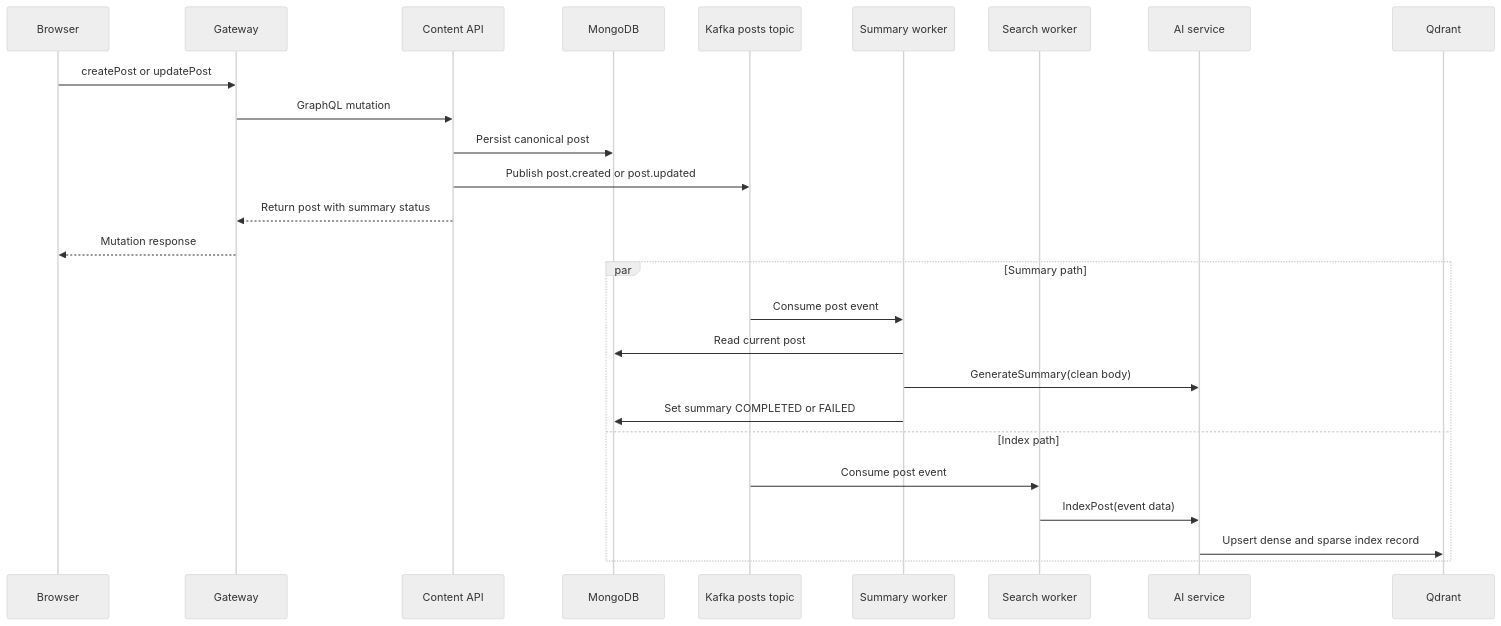
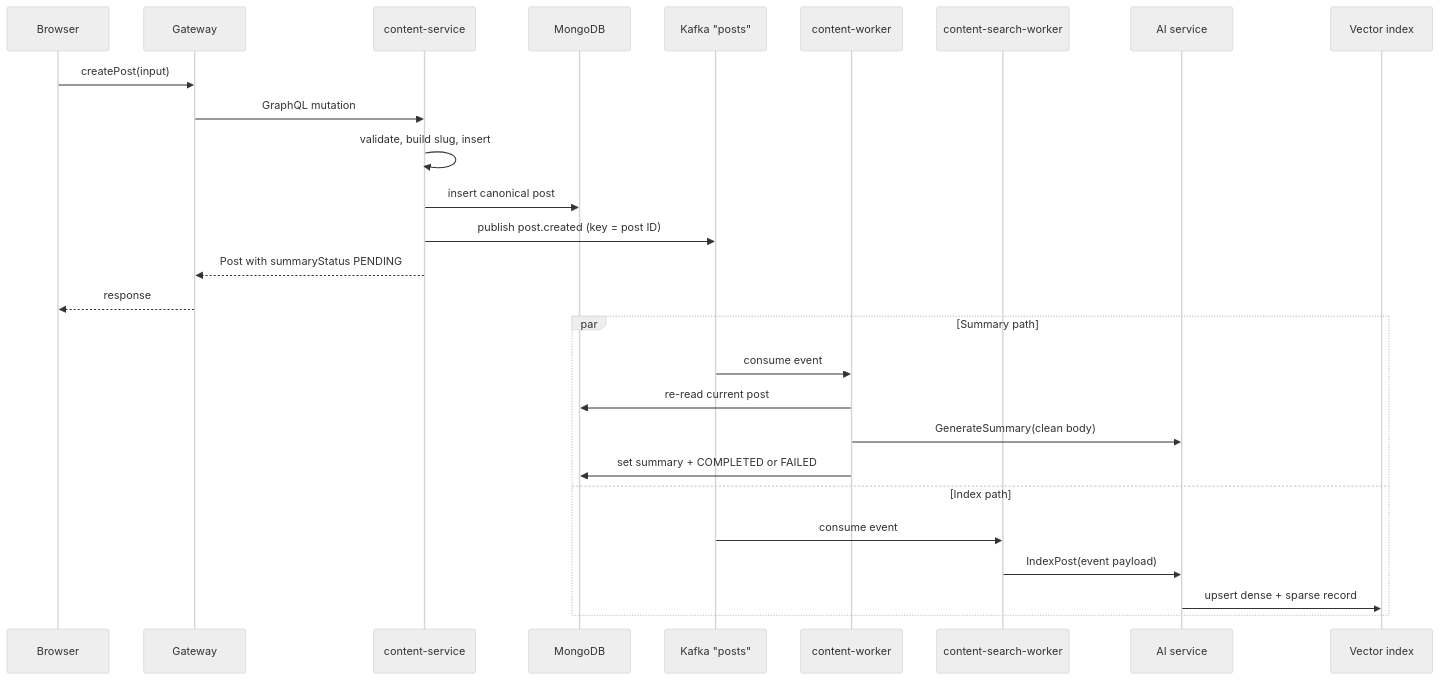
The first of 3 diagrams in services/content/docs/concepts/publishing-flow.md (kunalPisolkar24/topos), drawn with Mermaid (neutral theme) before and after one commit. The commit also changed other lines of this file and 17 other files, not shown here.

Commit message:
Rewrite content service docs for beginners

````diff
--- a/services/content/docs/concepts/publishing-flow.md
+++ b/services/content/docs/concepts/publishing-flow.md
@@ -6,29 +11,30 @@
 ```mermaid
 sequenceDiagram
     participant B as Browser
     participant G as Gateway
-    participant C as Content API
+    participant C as content-service
     participant M as MongoDB
-    participant K as Kafka posts topic
-    participant S as Summary worker
-    participant I as Search worker
+    participant K as Kafka "posts"
+    participant S as content-worker
+    participant I as content-search-worker
     participant A as AI service
-    participant Q as Qdrant
+    participant Q as Vector index
 
-    B->>G: createPost or updatePost
+    B->>G: createPost(input)
     G->>C: GraphQL mutation
-    C->>M: Persist canonical post
-    C->>K: Publish post.created or post.updated
-    C-->>G: Return post with summary status
-    G-->>B: Mutation response
+    C->>C: validate, build slug, insert
+    C->>M: insert canonical post
+    C->>K: publish post.created (key = post ID)
+    C-->>G: Post with summaryStatus PENDING
+    G-->>B: response
     par Summary path
-        K->>S: Consume post event
-        S->>M: Read current post
+        K->>S: consume event
+        S->>M: re-read current post
         S->>A: GenerateSummary(clean body)
-        S->>M: Set summary COMPLETED or FAILED
+        S->>M: set summary + COMPLETED or FAILED
     and Index path
-        K->>I: Consume post event
-        I->>A: IndexPost(event data)
-        A->>Q: Upsert dense and sparse index record
+        K->>I: consume event
+        I->>A: IndexPost(event payload)
+        A->>Q: upsert dense + sparse record
     end
 ```
````
